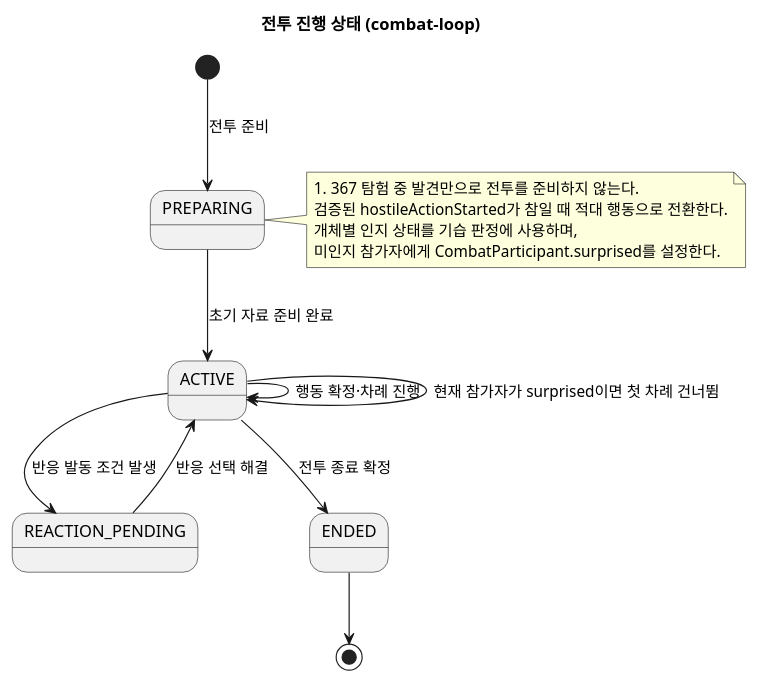
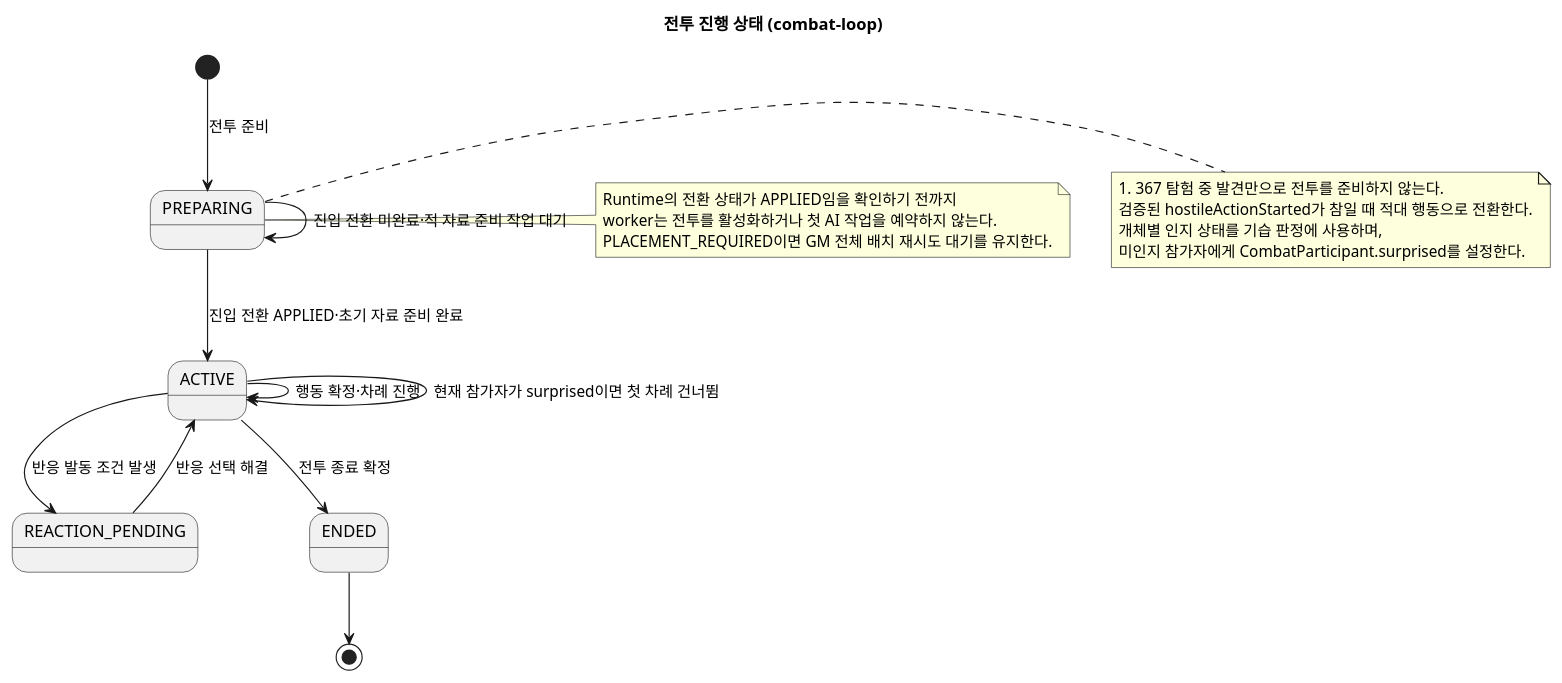
Before and after one commit to omegafrog/dnd-master: the diagram in docs/contracts/diagrams/combat-loop.state.puml, drawn with PlantUML. The commit also changed 23 other files, not shown here.

```diff
--- a/docs/contracts/diagrams/combat-loop.state.puml
+++ b/docs/contracts/diagrams/combat-loop.state.puml
@@ -1,17 +1,23 @@
 @startuml
  title 전투 진행 상태 (combat-loop)
  [*] --> PREPARING : 전투 준비
  note right of PREPARING
    #367 탐험 중 발견만으로 전투를 준비하지 않는다.
    검증된 hostileActionStarted가 참일 때 적대 행동으로 전환한다.
    개체별 인지 상태를 기습 판정에 사용하며,
    미인지 참가자에게 CombatParticipant.surprised를 설정한다.
  end note
- PREPARING --> ACTIVE : 초기 자료 준비 완료
+ PREPARING --> PREPARING : 진입 전환 미완료·적 자료 준비 작업 대기
+ PREPARING --> ACTIVE : 진입 전환 APPLIED·초기 자료 준비 완료
+ note right of PREPARING
+   Runtime의 전환 상태가 APPLIED임을 확인하기 전까지
+   worker는 전투를 활성화하거나 첫 AI 작업을 예약하지 않는다.
+   PLACEMENT_REQUIRED이면 GM 전체 배치 재시도 대기를 유지한다.
+ end note
  ACTIVE --> REACTION_PENDING : 반응 발동 조건 발생
  REACTION_PENDING --> ACTIVE : 반응 선택 해결
  ACTIVE --> ACTIVE : 행동 확정·차례 진행
  ACTIVE --> ACTIVE : 현재 참가자가 surprised이면 첫 차례 건너뜀
  ACTIVE --> ENDED : 전투 종료 확정
  ENDED --> [*]
 @enduml
```
